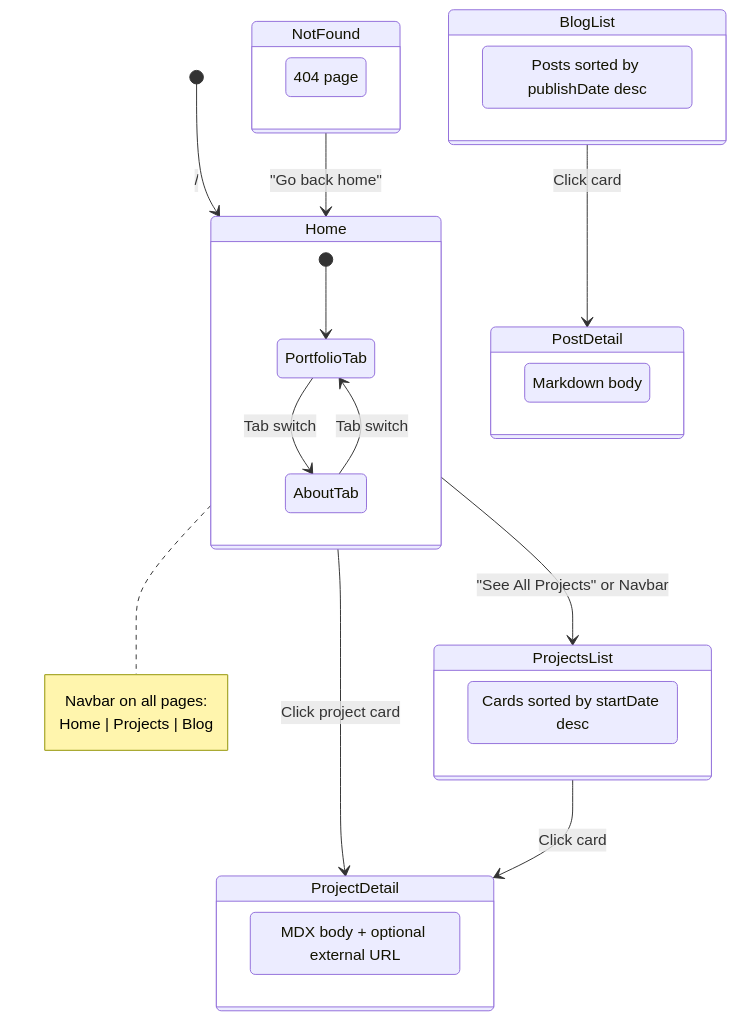
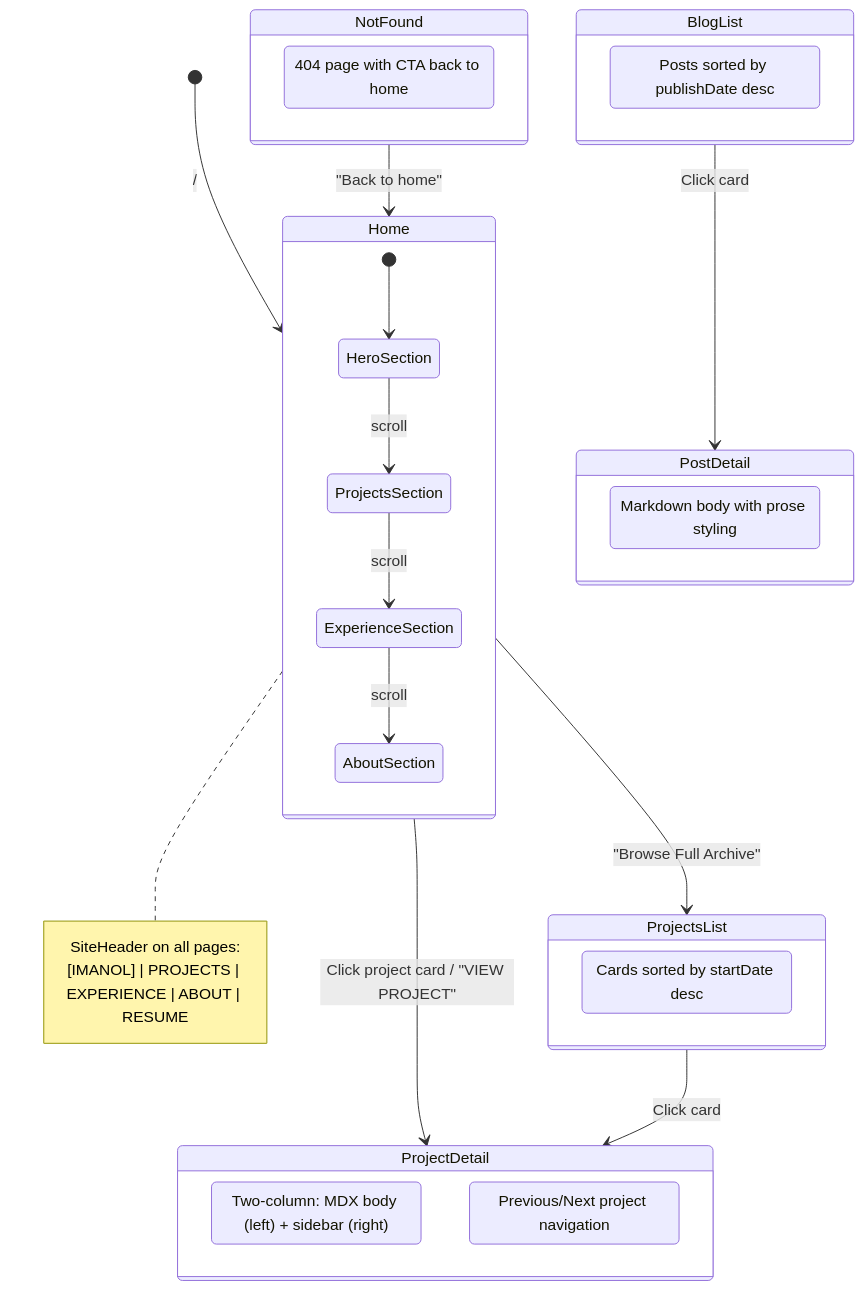
The diagram in docs/SITE_STRUCTURE.md (imanol-s/imanol-s), drawn with Mermaid before and after one commit. The commit also changed other lines of this file and 338 other files, not shown here.

````diff
--- a/docs/SITE_STRUCTURE.md
+++ b/docs/SITE_STRUCTURE.md
@@ -7,42 +7,44 @@
 ```mermaid
 stateDiagram-v2
     [*] --> Home : /
 
     state Home {
-        [*] --> PortfolioTab
-        PortfolioTab --> AboutTab : Tab switch
-        AboutTab --> PortfolioTab : Tab switch
+        [*] --> HeroSection
+        HeroSection --> ProjectsSection : scroll
+        ProjectsSection --> ExperienceSection : scroll
+        ExperienceSection --> AboutSection : scroll
     }
 
-    Home --> ProjectDetail : Click project card
-    Home --> ProjectsList : "See All Projects" or Navbar
+    Home --> ProjectDetail : Click project card / "VIEW PROJECT"
+    Home --> ProjectsList : "Browse Full Archive"
 
     state ProjectsList {
         SortedCards : Cards sorted by startDate desc
     }
 
     state BlogList {
         SortedPosts : Posts sorted by publishDate desc
     }
 
     ProjectsList --> ProjectDetail : Click card
     BlogList --> PostDetail : Click card
 
     state ProjectDetail {
-        MDXContent : MDX body + optional external URL
+        MDXContent : Two-column: MDX body (left) + sidebar (right)
+        PrevNext : Previous/Next project navigation
     }
 
     state PostDetail {
-        MarkdownContent : Markdown body
+        MarkdownContent : Markdown body with prose styling
     }
 
     state NotFound {
-        Error404 : 404 page
+        Error404 : 404 page with CTA back to home
     }
-    NotFound --> Home : "Go back home"
+    NotFound --> Home : "Back to home"
 
     note right of Home
-        Navbar on all pages:
-        Home | Projects | Blog
+        SiteHeader on all pages:
+        [IMANOL] | PROJECTS | EXPERIENCE | ABOUT | RESUME
     end note
 ```
````
